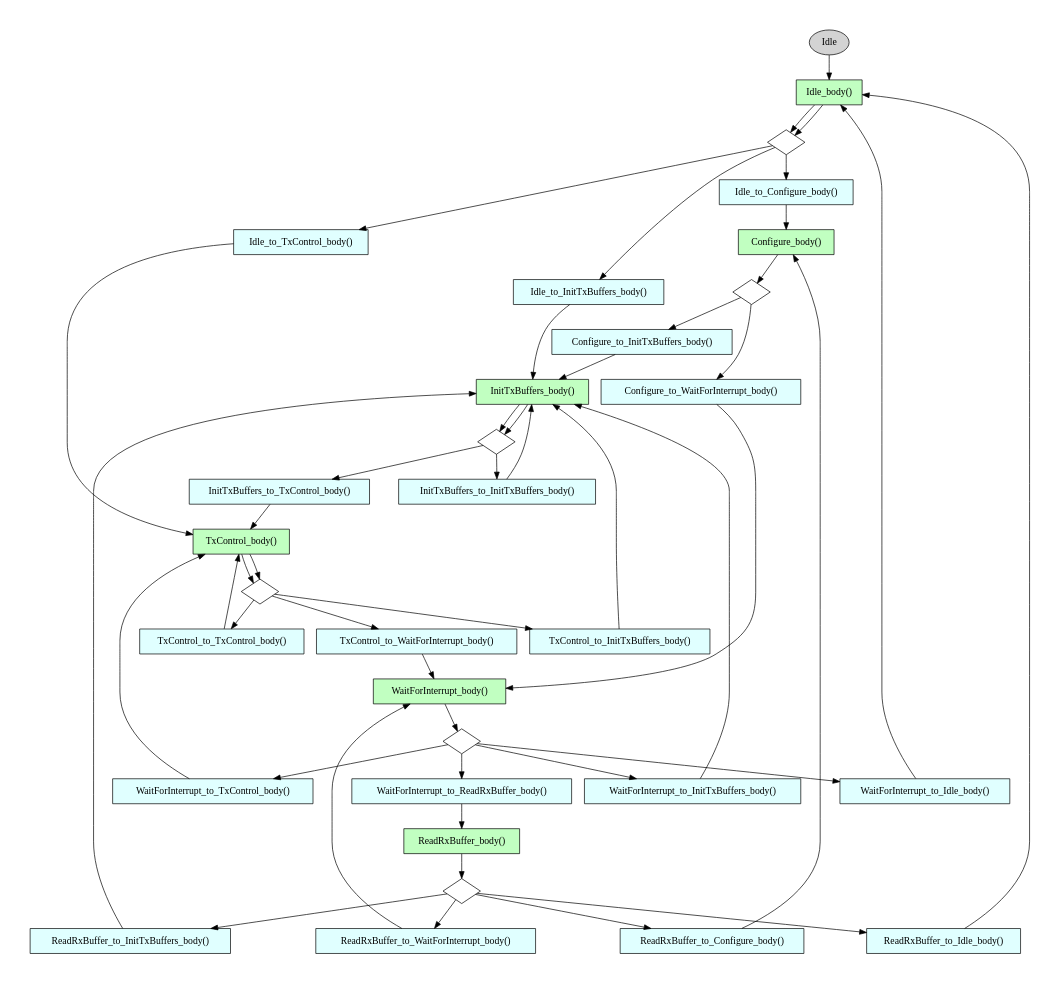
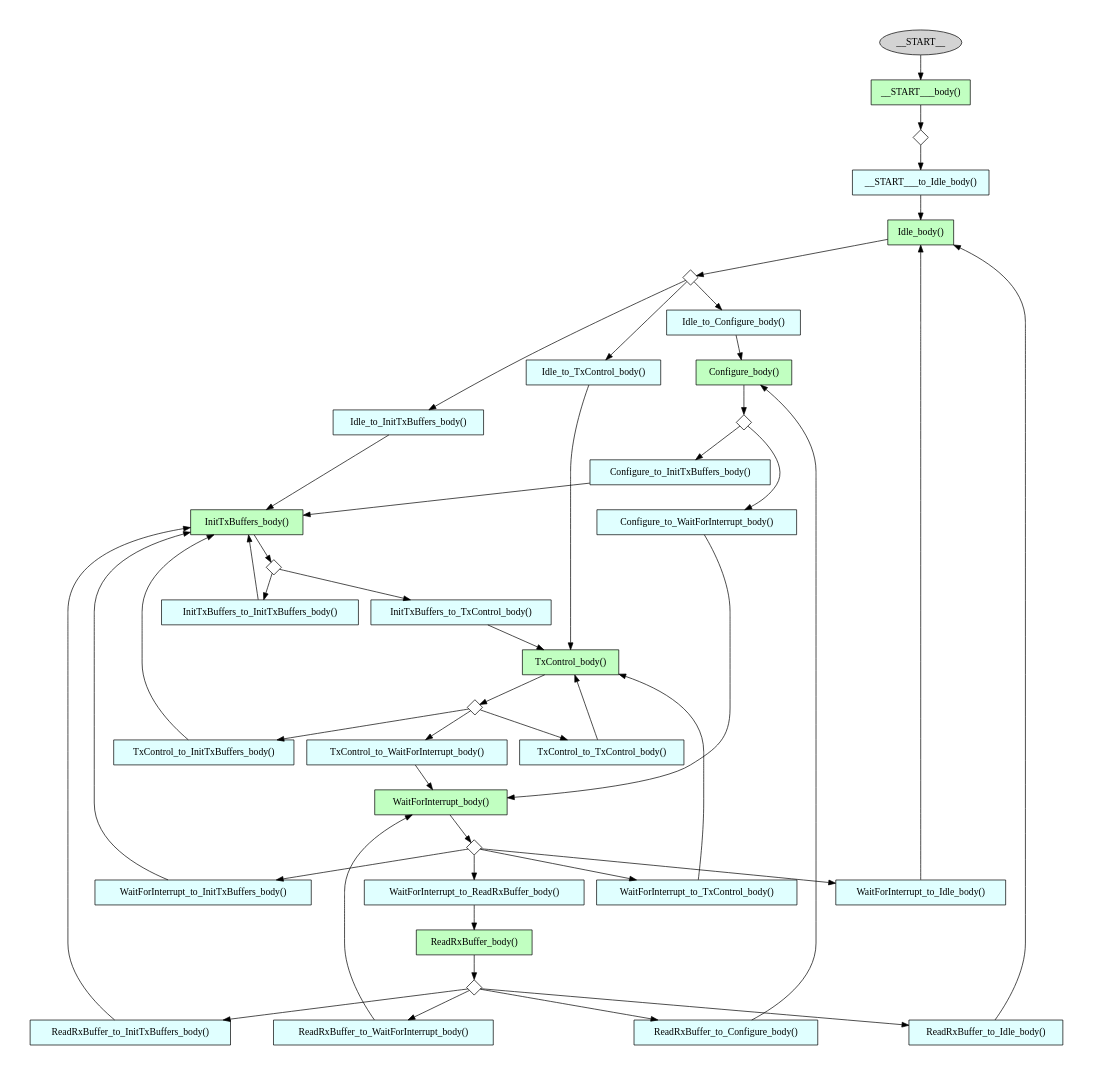
The diagram in examples/sw_ctrl/sw_control/src/sv/sw_control_full_graphviz.dot (stepannotuser/ugrasp_mode), drawn with Graphviz before and after one commit. The commit also changed 39 other files, not shown here.

```diff
--- a/examples/sw_ctrl/sw_control/src/sv/sw_control_full_graphviz.dot
+++ b/examples/sw_ctrl/sw_control/src/sv/sw_control_full_graphviz.dot
@@ -1,90 +1,87 @@
 // SVGraph sw_control
 // File    sw_control_full_graphviz.dot
 
 
 digraph sw_control {
   pad="0.5"
-  Idle [label="Idle" fillcolor=lightgrey style=filled];
-  Idle -> Idle_body;
+  __START__ [label="__START__" fillcolor=lightgrey style=filled];
+  __START__ -> __START___body;
   Idle_body [label="Idle_body()" shape=box style=filled fillcolor=darkseagreen1];
-  Idle_sel [label="" shape=diamond];
+  Idle_sel [label="" shape=diamond height="0.3" width="0.3"];
   Idle_body -> Idle_sel;
   Idle_to_Configure_body [label="Idle_to_Configure_body()" shape=box style=filled fillcolor=lightcyan];
-  Idle_sel -> Idle_to_Configure_body [labefloat=true ];
+  Idle_sel -> Idle_to_Configure_body
   Idle_to_Configure_body -> Configure_body;
+  Idle_to_InitTxBuffers_body [label="Idle_to_InitTxBuffers_body()" shape=box style=filled fillcolor=lightcyan];
+  Idle_sel -> Idle_to_InitTxBuffers_body
+  Idle_to_InitTxBuffers_body -> InitTxBuffers_body;
+  Idle_to_TxControl_body [label="Idle_to_TxControl_body()" shape=box style=filled fillcolor=lightcyan];
+  Idle_sel -> Idle_to_TxControl_body
+  Idle_to_TxControl_body -> TxControl_body;
   Configure_body [label="Configure_body()" shape=box style=filled fillcolor=darkseagreen1];
-  Configure_sel [label="" shape=diamond];
+  Configure_sel [label="" shape=diamond height="0.3" width="0.3"];
   Configure_body -> Configure_sel;
   Configure_to_InitTxBuffers_body [label="Configure_to_InitTxBuffers_body()" shape=box style=filled fillcolor=lightcyan];
-  Configure_sel -> Configure_to_InitTxBuffers_body [labefloat=true ];
+  Configure_sel -> Configure_to_InitTxBuffers_body
   Configure_to_InitTxBuffers_body -> InitTxBuffers_body;
   Configure_to_WaitForInterrupt_body [label="Configure_to_WaitForInterrupt_body()" shape=box style=filled fillcolor=lightcyan];
-  Configure_sel -> Configure_to_WaitForInterrupt_body [labefloat=true ];
+  Configure_sel -> Configure_to_WaitForInterrupt_body
   Configure_to_WaitForInterrupt_body -> WaitForInterrupt_body;
   InitTxBuffers_body [label="InitTxBuffers_body()" shape=box style=filled fillcolor=darkseagreen1];
-  InitTxBuffers_sel [label="" shape=diamond];
+  InitTxBuffers_sel [label="" shape=diamond height="0.3" width="0.3"];
   InitTxBuffers_body -> InitTxBuffers_sel;
   InitTxBuffers_to_TxControl_body [label="InitTxBuffers_to_TxControl_body()" shape=box style=filled fillcolor=lightcyan];
-  InitTxBuffers_sel -> InitTxBuffers_to_TxControl_body [labefloat=true ];
+  InitTxBuffers_sel -> InitTxBuffers_to_TxControl_body
   InitTxBuffers_to_TxControl_body -> TxControl_body;
+  InitTxBuffers_to_InitTxBuffers_body [label="InitTxBuffers_to_InitTxBuffers_body()" shape=box style=filled fillcolor=lightcyan];
+  InitTxBuffers_sel -> InitTxBuffers_to_InitTxBuffers_body
+  InitTxBuffers_to_InitTxBuffers_body -> InitTxBuffers_body;
   TxControl_body [label="TxControl_body()" shape=box style=filled fillcolor=darkseagreen1];
-  TxControl_sel [label="" shape=diamond];
+  TxControl_sel [label="" shape=diamond height="0.3" width="0.3"];
   TxControl_body -> TxControl_sel;
   TxControl_to_WaitForInterrupt_body [label="TxControl_to_WaitForInterrupt_body()" shape=box style=filled fillcolor=lightcyan];
-  TxControl_sel -> TxControl_to_WaitForInterrupt_body [labefloat=true ];
+  TxControl_sel -> TxControl_to_WaitForInterrupt_body
   TxControl_to_WaitForInterrupt_body -> WaitForInterrupt_body;
+  TxControl_to_TxControl_body [label="TxControl_to_TxControl_body()" shape=box style=filled fillcolor=lightcyan];
+  TxControl_sel -> TxControl_to_TxControl_body
+  TxControl_to_TxControl_body -> TxControl_body;
+  TxControl_to_InitTxBuffers_body [label="TxControl_to_InitTxBuffers_body()" shape=box style=filled fillcolor=lightcyan];
+  TxControl_sel -> TxControl_to_InitTxBuffers_body
+  TxControl_to_InitTxBuffers_body -> InitTxBuffers_body;
   WaitForInterrupt_body [label="WaitForInterrupt_body()" shape=box style=filled fillcolor=darkseagreen1];
-  WaitForInterrupt_sel [label="" shape=diamond];
+  WaitForInterrupt_sel [label="" shape=diamond height="0.3" width="0.3"];
   WaitForInterrupt_body -> WaitForInterrupt_sel;
   WaitForInterrupt_to_ReadRxBuffer_body [label="WaitForInterrupt_to_ReadRxBuffer_body()" shape=box style=filled fillcolor=lightcyan];
-  WaitForInterrupt_sel -> WaitForInterrupt_to_ReadRxBuffer_body [labefloat=true ];
+  WaitForInterrupt_sel -> WaitForInterrupt_to_ReadRxBuffer_body
   WaitForInterrupt_to_ReadRxBuffer_body -> ReadRxBuffer_body;
   WaitForInterrupt_to_InitTxBuffers_body [label="WaitForInterrupt_to_InitTxBuffers_body()" shape=box style=filled fillcolor=lightcyan];
-  WaitForInterrupt_sel -> WaitForInterrupt_to_InitTxBuffers_body [labefloat=true ];
+  WaitForInterrupt_sel -> WaitForInterrupt_to_InitTxBuffers_body
   WaitForInterrupt_to_InitTxBuffers_body -> InitTxBuffers_body;
   WaitForInterrupt_to_Idle_body [label="WaitForInterrupt_to_Idle_body()" shape=box style=filled fillcolor=lightcyan];
-  WaitForInterrupt_sel -> WaitForInterrupt_to_Idle_body [labefloat=true ];
+  WaitForInterrupt_sel -> WaitForInterrupt_to_Idle_body
   WaitForInterrupt_to_Idle_body -> Idle_body;
   WaitForInterrupt_to_TxControl_body [label="WaitForInterrupt_to_TxControl_body()" shape=box style=filled fillcolor=lightcyan];
-  WaitForInterrupt_sel -> WaitForInterrupt_to_TxControl_body [labefloat=true ];
+  WaitForInterrupt_sel -> WaitForInterrupt_to_TxControl_body
   WaitForInterrupt_to_TxControl_body -> TxControl_body;
   ReadRxBuffer_body [label="ReadRxBuffer_body()" shape=box style=filled fillcolor=darkseagreen1];
-  ReadRxBuffer_sel [label="" shape=diamond];
+  ReadRxBuffer_sel [label="" shape=diamond height="0.3" width="0.3"];
   ReadRxBuffer_body -> ReadRxBuffer_sel;
   ReadRxBuffer_to_Idle_body [label="ReadRxBuffer_to_Idle_body()" shape=box style=filled fillcolor=lightcyan];
-  ReadRxBuffer_sel -> ReadRxBuffer_to_Idle_body [labefloat=true ];
+  ReadRxBuffer_sel -> ReadRxBuffer_to_Idle_body
   ReadRxBuffer_to_Idle_body -> Idle_body;
   ReadRxBuffer_to_Configure_body [label="ReadRxBuffer_to_Configure_body()" shape=box style=filled fillcolor=lightcyan];
-  ReadRxBuffer_sel -> ReadRxBuffer_to_Configure_body [labefloat=true ];
+  ReadRxBuffer_sel -> ReadRxBuffer_to_Configure_body
   ReadRxBuffer_to_Configure_body -> Configure_body;
   ReadRxBuffer_to_InitTxBuffers_body [label="ReadRxBuffer_to_InitTxBuffers_body()" shape=box style=filled fillcolor=lightcyan];
-  ReadRxBuffer_sel -> ReadRxBuffer_to_InitTxBuffers_body [labefloat=true ];
+  ReadRxBuffer_sel -> ReadRxBuffer_to_InitTxBuffers_body
   ReadRxBuffer_to_InitTxBuffers_body -> InitTxBuffers_body;
   ReadRxBuffer_to_WaitForInterrupt_body [label="ReadRxBuffer_to_WaitForInterrupt_body()" shape=box style=filled fillcolor=lightcyan];
-  ReadRxBuffer_sel -> ReadRxBuffer_to_WaitForInterrupt_body [labefloat=true ];
+  ReadRxBuffer_sel -> ReadRxBuffer_to_WaitForInterrupt_body
   ReadRxBuffer_to_WaitForInterrupt_body -> WaitForInterrupt_body;
-  Idle_body [label="Idle_body()" shape=box style=filled fillcolor=darkseagreen1];
-  Idle_sel [label="" shape=diamond];
-  Idle_body -> Idle_sel;
-  Idle_to_InitTxBuffers_body [label="Idle_to_InitTxBuffers_body()" shape=box style=filled fillcolor=lightcyan];
-  Idle_sel -> Idle_to_InitTxBuffers_body [labefloat=true ];
-  Idle_to_InitTxBuffers_body -> InitTxBuffers_body;
-  Idle_to_TxControl_body [label="Idle_to_TxControl_body()" shape=box style=filled fillcolor=lightcyan];
-  Idle_sel -> Idle_to_TxControl_body [labefloat=true ];
-  Idle_to_TxControl_body -> TxControl_body;
-  InitTxBuffers_body [label="InitTxBuffers_body()" shape=box style=filled fillcolor=darkseagreen1];
-  InitTxBuffers_sel [label="" shape=diamond];
-  InitTxBuffers_body -> InitTxBuffers_sel;
-  InitTxBuffers_to_InitTxBuffers_body [label="InitTxBuffers_to_InitTxBuffers_body()" shape=box style=filled fillcolor=lightcyan];
-  InitTxBuffers_sel -> InitTxBuffers_to_InitTxBuffers_body [labefloat=true ];
-  InitTxBuffers_to_InitTxBuffers_body -> InitTxBuffers_body;
-  TxControl_body [label="TxControl_body()" shape=box style=filled fillcolor=darkseagreen1];
-  TxControl_sel [label="" shape=diamond];
-  TxControl_body -> TxControl_sel;
-  TxControl_to_TxControl_body [label="TxControl_to_TxControl_body()" shape=box style=filled fillcolor=lightcyan];
-  TxControl_sel -> TxControl_to_TxControl_body [labefloat=true ];
-  TxControl_to_TxControl_body -> TxControl_body;
-  TxControl_to_InitTxBuffers_body [label="TxControl_to_InitTxBuffers_body()" shape=box style=filled fillcolor=lightcyan];
-  TxControl_sel -> TxControl_to_InitTxBuffers_body [labefloat=true ];
-  TxControl_to_InitTxBuffers_body -> InitTxBuffers_body;
+  __START___body [label="__START___body()" shape=box style=filled fillcolor=darkseagreen1];
+  __START___sel [label="" shape=diamond height="0.3" width="0.3"];
+  __START___body -> __START___sel;
+  __START___to_Idle_body [label="__START___to_Idle_body()" shape=box style=filled fillcolor=lightcyan];
+  __START___sel -> __START___to_Idle_body
+  __START___to_Idle_body -> Idle_body;
 }
```
